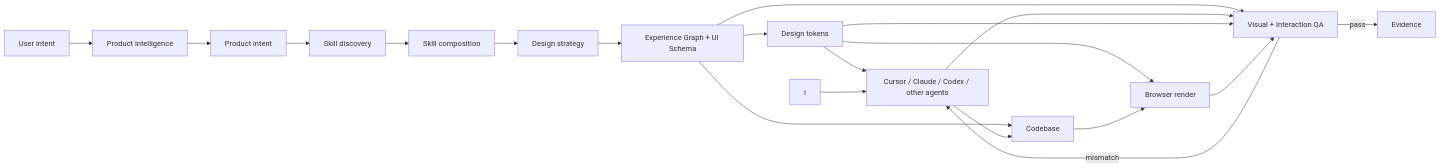
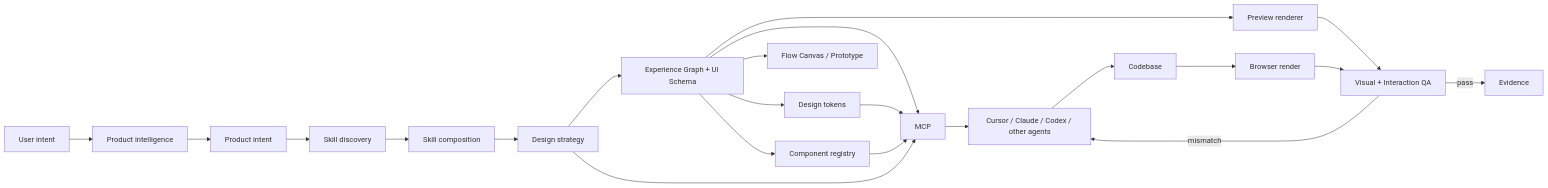
One commit to tuanpham09/UIForge changed the first of 2 diagrams in README.md. Above: the diagram before and after it, drawn with Mermaid. The commit also changed other lines of this file, not shown here.

Commit message:
docs: fix README workflow and design intelligence roadmap

````diff
--- a/README.md
+++ b/README.md
@@ -43,22 +43,24 @@
 ```mermaid
 flowchart LR
     A[User intent] --> B[Product intelligence]
     B --> C[Product intent]
     C --> D[Skill discovery]
     D --> E[Skill composition]
     E --> F[Design strategy]
     F --> G[Experience Graph + UI Schema]
     G --> H[Design tokens]
-    H --> J[Component registry]
-    G --> K[Flow Canvas / Prototype]
-    H --> L[Preview renderer]
-    G --> M[MCP]
-    J --> M
-    H --> M
-    I --> J[Cursor / Claude / Codex / other agents]
-    J --> K[Codebase]
-    K --> L[Browser render]
-    L --> M[Visual + Interaction QA]
-    M -->|mismatch| J
-    M -->|pass| N[Evidence]
+    G --> I[Component registry]
+    G --> J[Flow Canvas / Prototype]
+    G --> K[Preview renderer]
+    G --> L[MCP]
+    H --> L
+    I --> L
+    F --> L
+    L --> M[Cursor / Claude / Codex / other agents]
+    M --> N[Codebase]
+    N --> O[Browser render]
+    K --> P[Visual + Interaction QA]
+    O --> P
+    P -->|mismatch| M
+    P -->|pass| Q[Evidence]
 ```
````
